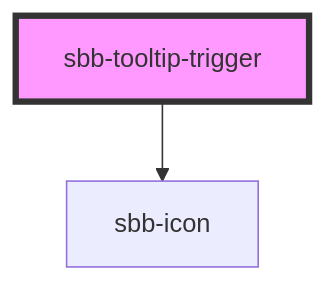
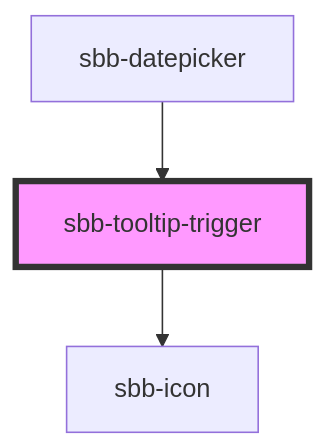
Before and after one commit to sbb-design-systems/lyne-components: the diagram in src/components/sbb-tooltip-trigger/readme.md, drawn with Mermaid. The commit also changed other lines of this file and 4 other files, not shown here.

Commit message:
feat: use tooltip trigger in datepicker

````diff
--- a/src/components/sbb-tooltip-trigger/readme.md
+++ b/src/components/sbb-tooltip-trigger/readme.md
@@ -83,5 +87,6 @@
 ```mermaid
 graph TD;
   sbb-tooltip-trigger --> sbb-icon
+  sbb-datepicker --> sbb-tooltip-trigger
   style sbb-tooltip-trigger fill:#f9f,stroke:#333,stroke-width:4px
 ```
````
